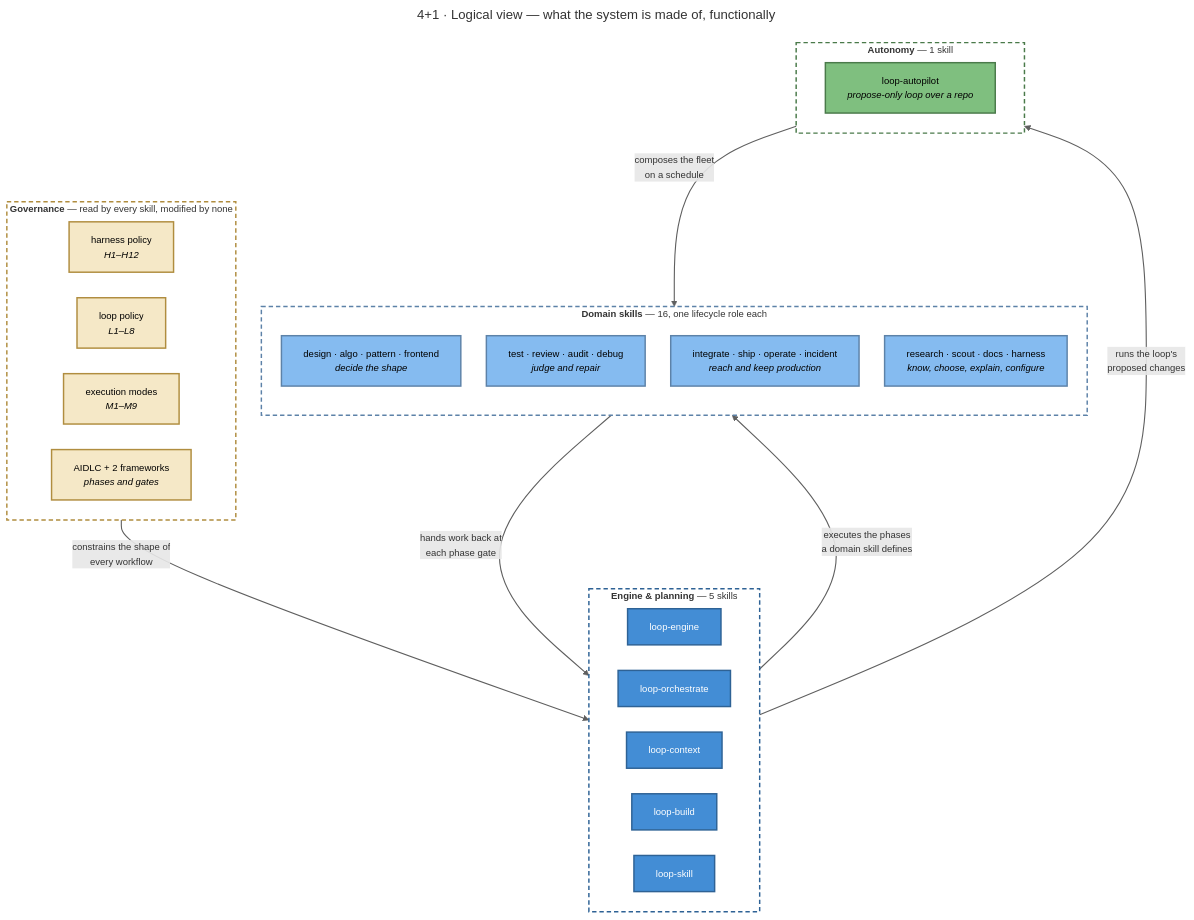
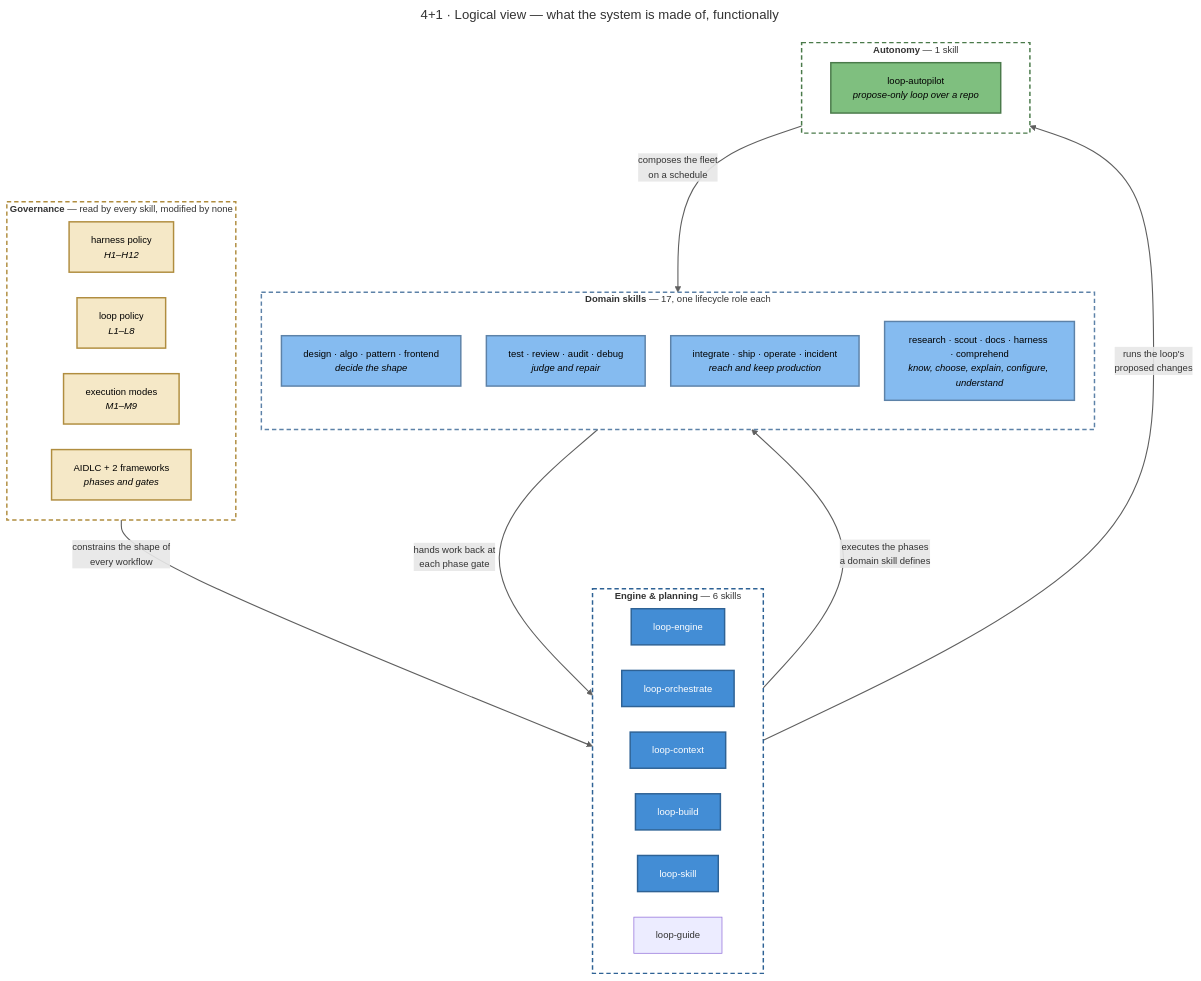
Before and after one commit to santapong/Proof: the diagram in docs/c4/diagrams/src/view-logical.mmd, drawn with Mermaid. The commit also changed 16 other files, not shown here.

First line of the commit message:
Diagrams: redesign skill-composition for the 24-skill fleet; de-stale all sources

```diff
--- a/docs/c4/diagrams/src/view-logical.mmd
+++ b/docs/c4/diagrams/src/view-logical.mmd
@@ -1,53 +1,54 @@
 ---
 title: "4+1 · Logical view — what the system is made of, functionally"
 ---
 %%{init: {"flowchart": {"curve": "basis", "nodeSpacing": 35, "rankSpacing": 55}, "themeVariables": {"fontFamily": "Segoe UI, Helvetica, Arial, sans-serif", "fontSize": "13px"}}}%%
 flowchart TB
     subgraph gov["<b>Governance</b> — read by every skill, modified by none"]
         direction LR
         harness["harness policy<br/><i>H1–H12</i>"]
         loop["loop policy<br/><i>L1–L8</i>"]
         modes["execution modes<br/><i>M1–M9</i>"]
         aidlc["AIDLC + 2 frameworks<br/><i>phases and gates</i>"]
     end
 
-    subgraph engine["<b>Engine &amp; planning</b> — 5 skills"]
+    subgraph engine["<b>Engine &amp; planning</b> — 6 skills"]
         direction LR
         e1["loop-engine"]
         e2["loop-orchestrate"]
         e3["loop-context"]
         e4["loop-build"]
         e5["loop-skill"]
+        e6["loop-guide"]
     end
 
-    subgraph domain["<b>Domain skills</b> — 16, one lifecycle role each"]
+    subgraph domain["<b>Domain skills</b> — 17, one lifecycle role each"]
         direction TB
         d1["design · algo · pattern · frontend<br/><i>decide the shape</i>"]
         d2["test · review · audit · debug<br/><i>judge and repair</i>"]
         d3["integrate · ship · operate · incident<br/><i>reach and keep production</i>"]
-        d4["research · scout · docs · harness<br/><i>know, choose, explain, configure</i>"]
+        d4["research · scout · docs · harness · comprehend<br/><i>know, choose, explain, configure, understand</i>"]
     end
 
     subgraph auto["<b>Autonomy</b> — 1 skill"]
         a1["loop-autopilot<br/><i>propose-only loop over a repo</i>"]
     end
 
     gov -- "constrains the shape of<br/>every workflow" --> engine
     engine -- "executes the phases<br/>a domain skill defines" --> domain
     domain -- "hands work back at<br/>each phase gate" --> engine
     auto -- "composes the fleet<br/>on a schedule" --> domain
     engine -- "runs the loop's<br/>proposed changes" --> auto
 
     classDef law fill:#F5E8C7,stroke:#B08D3F,stroke-width:2px,color:#000
     classDef eng fill:#438DD5,stroke:#2E6295,stroke-width:2px,color:#fff
     classDef dom fill:#85BBF0,stroke:#5D82A8,stroke-width:2px,color:#000
     classDef aut fill:#7FBF7F,stroke:#4A7A4A,stroke-width:2px,color:#000
     class harness,loop,modes,aidlc law
     class e1,e2,e3,e4,e5 eng
     class d1,d2,d3,d4 dom
     class a1 aut
     style gov fill:none,stroke:#B08D3F,stroke-width:2px,stroke-dasharray:6 4
     style engine fill:none,stroke:#2E6295,stroke-width:2px,stroke-dasharray:6 4
     style domain fill:none,stroke:#5D82A8,stroke-width:2px,stroke-dasharray:6 4
     style auto fill:none,stroke:#4A7A4A,stroke-width:2px,stroke-dasharray:6 4
     linkStyle default stroke:#5F5F5F,stroke-width:1.5px,color:#333
```
